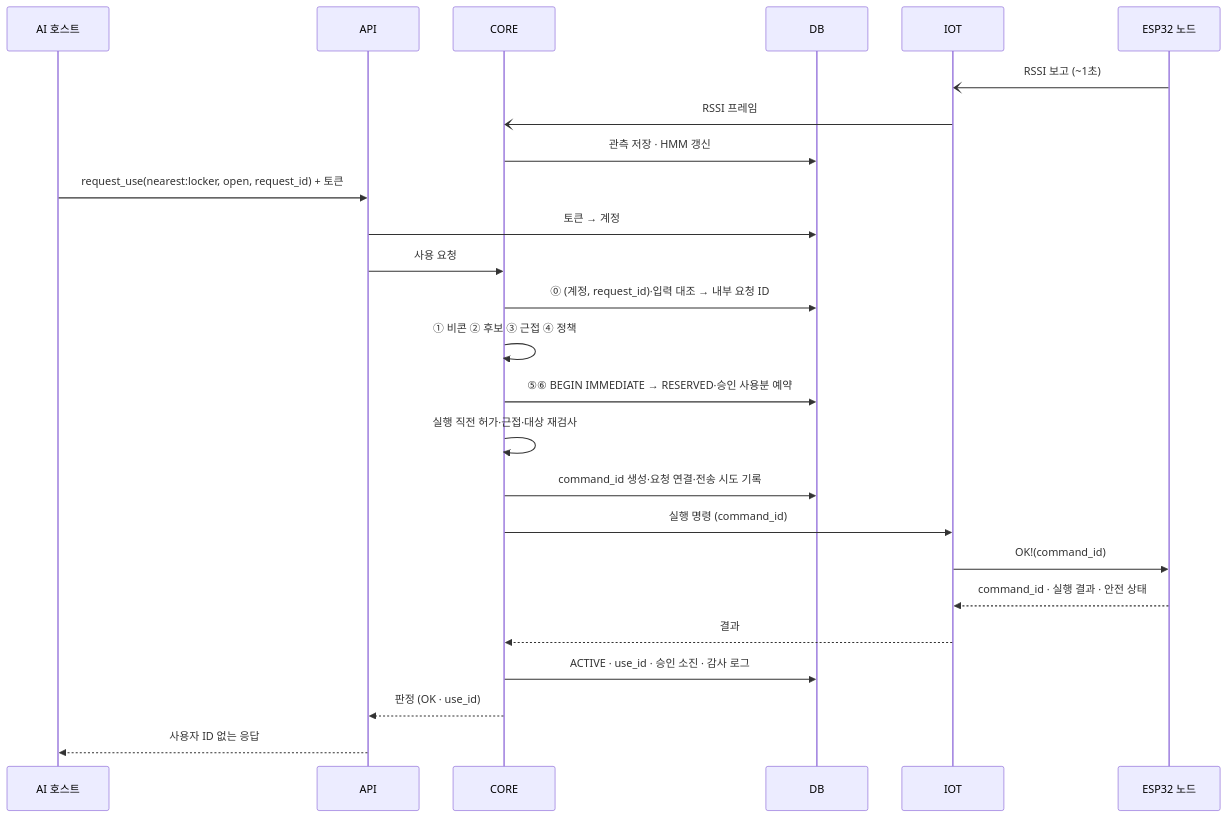
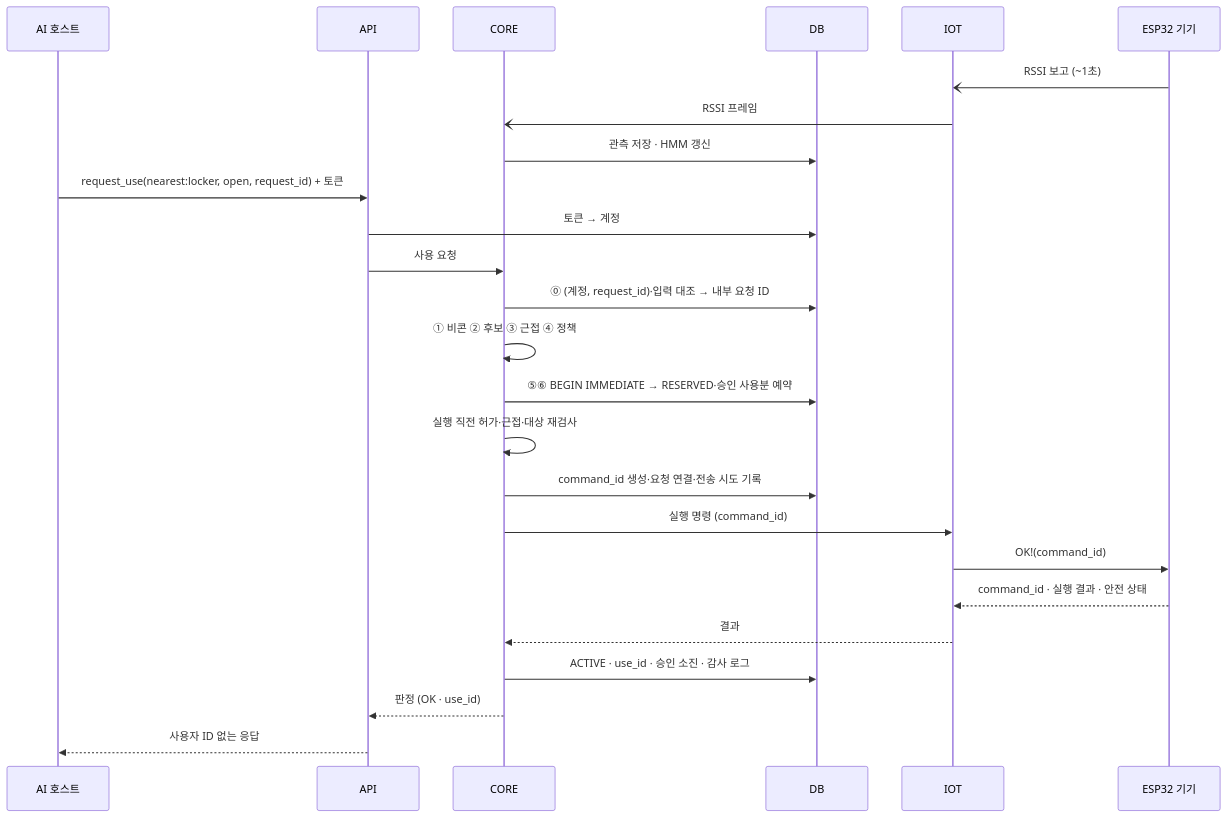
Before and after one commit to capstone-itda/nearpilot-server: the second of 3 diagrams in docs/architecture.md, drawn with Mermaid. The commit also changed other lines of this file and 21 other files, not shown here.

````diff
--- a/docs/architecture.md
+++ b/docs/architecture.md
@@ -134,28 +227,28 @@
 ```mermaid
 sequenceDiagram
     participant H as AI 호스트
     participant A as API
     participant C as CORE
     participant D as DB
     participant I as IOT
-    participant N as ESP32 노드
+    participant N as ESP32 기기
 
     N-)I: RSSI 보고 (~1초)
     I-)C: RSSI 프레임
     C->>D: 관측 저장 · HMM 갱신
     H->>A: request_use(nearest:locker, open, request_id) + 토큰
     A->>D: 토큰 → 계정
     A->>C: 사용 요청
     C->>D: ⓪ (계정, request_id)·입력 대조 → 내부 요청 ID
     C->>C: ① 비콘 ② 후보 ③ 근접 ④ 정책
     C->>D: ⑤⑥ BEGIN IMMEDIATE → RESERVED·승인 사용분 예약
     C->>C: 실행 직전 허가·근접·대상 재검사
     C->>D: command_id 생성·요청 연결·전송 시도 기록
     C->>I: 실행 명령 (command_id)
     I->>N: OK!(command_id)
     N-->>I: command_id · 실행 결과 · 안전 상태
     I-->>C: 결과
     C->>D: ACTIVE · use_id · 승인 소진 · 감사 로그
     C-->>A: 판정 (OK · use_id)
     A-->>H: 사용자 ID 없는 응답
 ```
````
